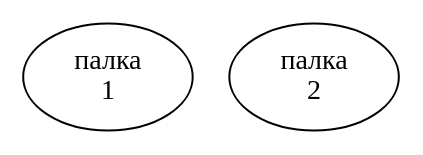
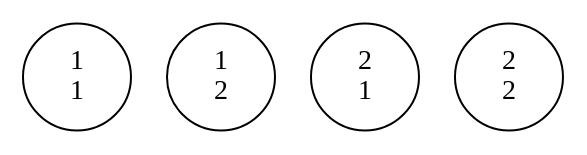
The diagram in knowledge_base/graphs_links/local_graph.dot (LeonovEvgenii/AGI), drawn with Graphviz before and after one commit. The commit also changed 3 other files, not shown here.

```diff
--- a/knowledge_base/graphs_links/local_graph.dot
+++ b/knowledge_base/graphs_links/local_graph.dot
@@ -1,6 +1,10 @@
 strict graph G {
-"палка
+"1
 1"
-"палка
+"1
+2"
+"2
+1"
+"2
 2"
 }
```
